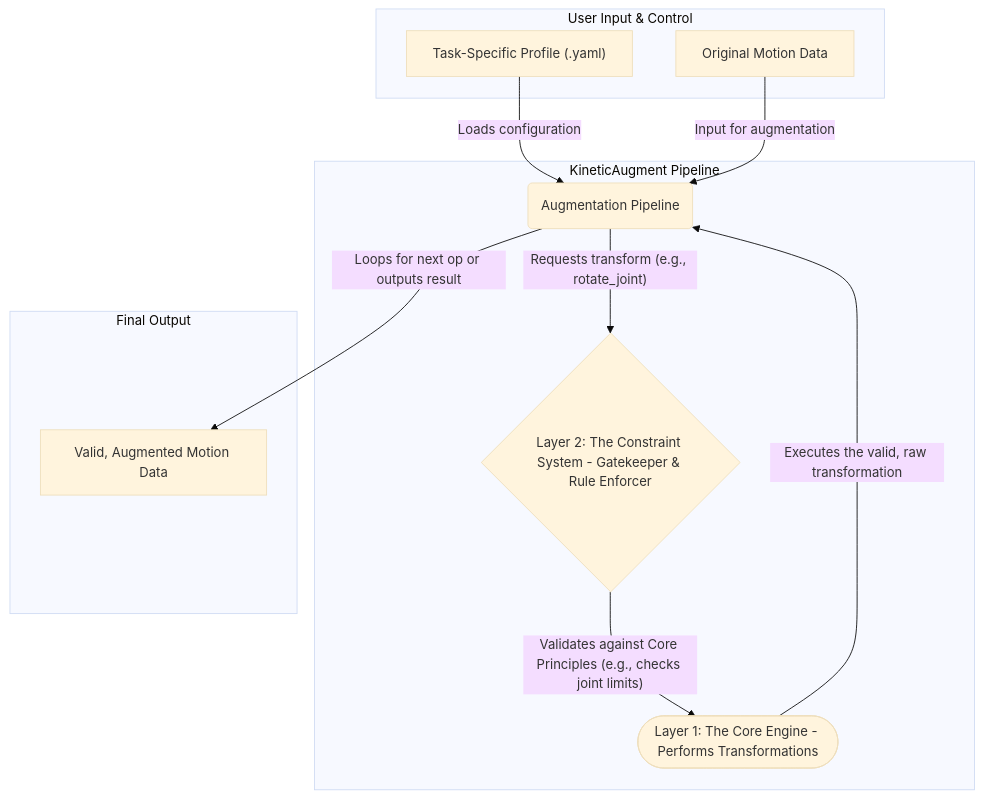
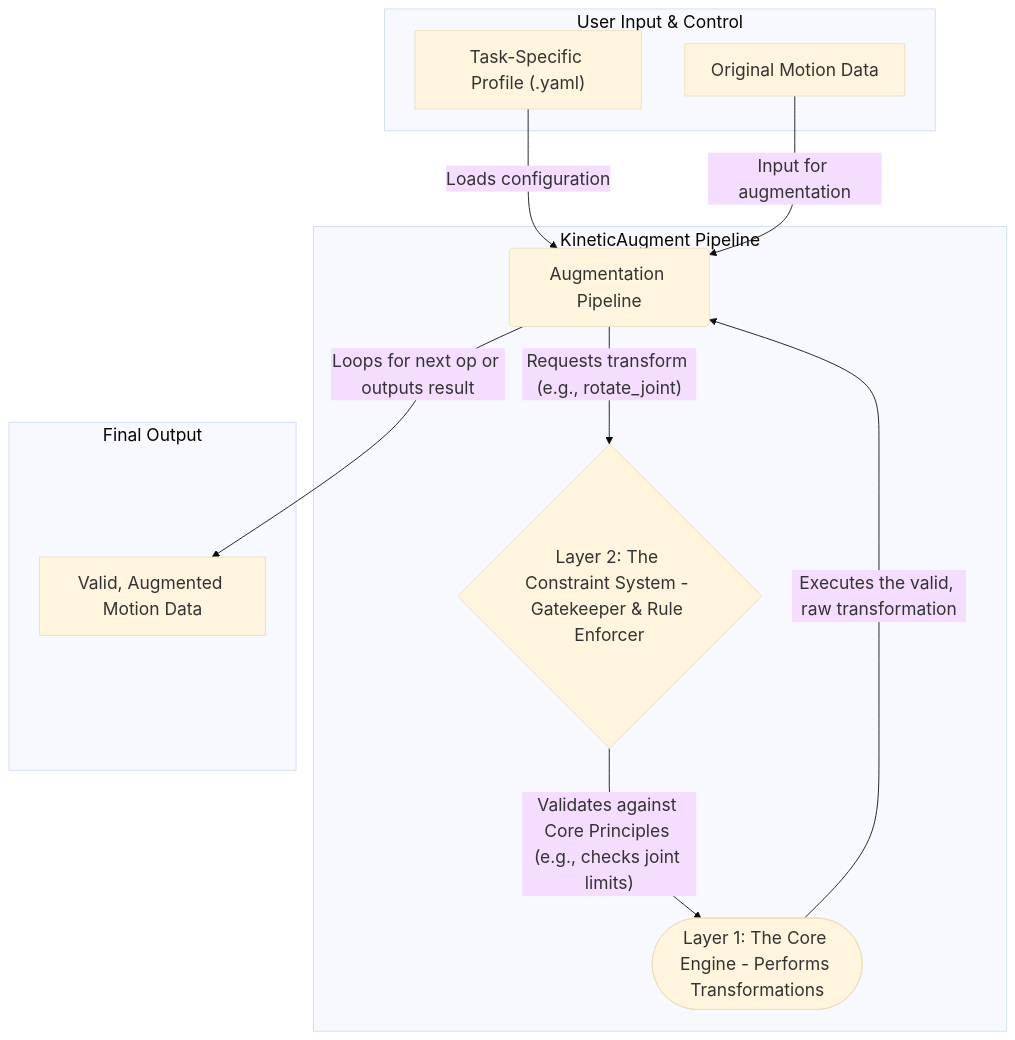
One commit to YouSoPugly/KineticAugment changed the diagram in docs/02_Framework_Architecture.md. Above: the diagram before and after it, drawn with Mermaid.

Commit message:
Update font size in framework architecture diagram
Increased font size in the diagram for better readability.

````diff
--- a/docs/02_Framework_Architecture.md
+++ b/docs/02_Framework_Architecture.md
@@ -16,28 +16,28 @@
 ```mermaid
-%%{init: {'theme': 'base', 'themeVariables': { 'fontSize': '15px'}}}%%
+%%{init: {'theme': 'base', 'themeVariables': { 'fontSize': '20px'}}}%%
 graph TD
     subgraph "User Input & Control"
         TaskProfile["Task-Specific Profile (.yaml)"]
         MotionData["Original Motion Data"]
     end
 
     subgraph "KineticAugment Pipeline"
         Pipeline("Augmentation Pipeline")
         ConstraintSystem{"Layer 2: The Constraint System - Gatekeeper & Rule Enforcer"}
         CoreEngine(["Layer 1: The Core Engine - Performs Transformations"])
     end
 
     subgraph "Final Output"
         AugmentedData["Valid, Augmented Motion Data"]
     end
 
     %% Define Data Flow
     TaskProfile -- "Loads configuration" --> Pipeline
     MotionData -- "Input for augmentation" --> Pipeline
 
     Pipeline -- "Requests transform (e.g., rotate_joint)" --> ConstraintSystem
     ConstraintSystem -- "Validates against Core Principles (e.g., checks joint limits)" --> CoreEngine
     CoreEngine -- "Executes the valid, raw transformation" --> Pipeline
     Pipeline -- "Loops for next op or outputs result" --> AugmentedData
 
 ```
````
